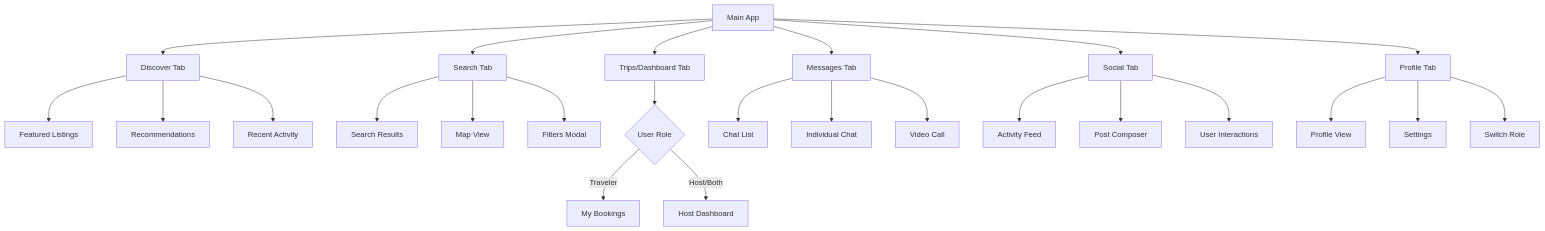
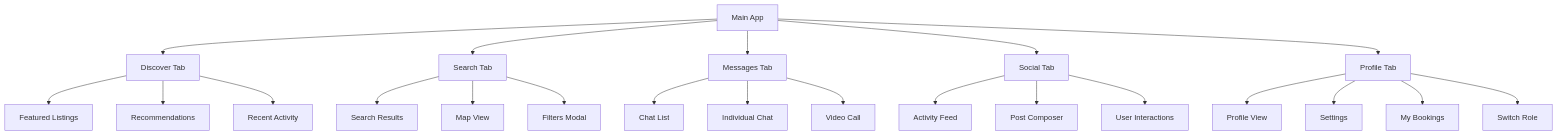
Before and after one commit to Damanchi001/TravelConnec: the second of 3 diagrams in NAVIGATION_STRUCTURE.md, drawn with Mermaid. The commit also changed other lines of this file and 152 other files, not shown here.

````diff
--- a/NAVIGATION_STRUCTURE.md
+++ b/NAVIGATION_STRUCTURE.md
@@ -423,33 +406,29 @@
 ```mermaid
 graph TD
-    A[Main App] --> B[Discover Tab]
-    A --> C[Search Tab]
-    A --> D[Trips/Dashboard Tab]
-    A --> E[Messages Tab]
-    A --> F[Social Tab]
-    A --> G[Profile Tab]
-    
-    B --> H[Featured Listings]
-    B --> I[Recommendations]
-    B --> J[Recent Activity]
-    
-    C --> K[Search Results]
-    C --> L[Map View]
-    C --> M[Filters Modal]
-    
-    D --> N{User Role}
-    N -->|Traveler| O[My Bookings]
-    N -->|Host/Both| P[Host Dashboard]
-    
-    E --> Q[Chat List]
-    E --> R[Individual Chat]
-    E --> S[Video Call]
-    
-    F --> T[Activity Feed]
-    F --> U[Post Composer]
-    F --> V[User Interactions]
-    
-    G --> W[Profile View]
-    G --> X[Settings]
-    G --> Y[Switch Role]
+     A[Main App] --> B[Discover Tab]
+     A --> C[Search Tab]
+     A --> D[Messages Tab]
+     A --> E[Social Tab]
+     A --> F[Profile Tab]
+
+     B --> G[Featured Listings]
+     B --> H[Recommendations]
+     B --> I[Recent Activity]
+
+     C --> J[Search Results]
+     C --> K[Map View]
+     C --> L[Filters Modal]
+
+     D --> M[Chat List]
+     D --> N[Individual Chat]
+     D --> O[Video Call]
+
+     E --> P[Activity Feed]
+     E --> Q[Post Composer]
+     E --> R[User Interactions]
+
+     F --> S[Profile View]
+     F --> T[Settings]
+     F --> U[My Bookings]
+     F --> V[Switch Role]
 ```
````
